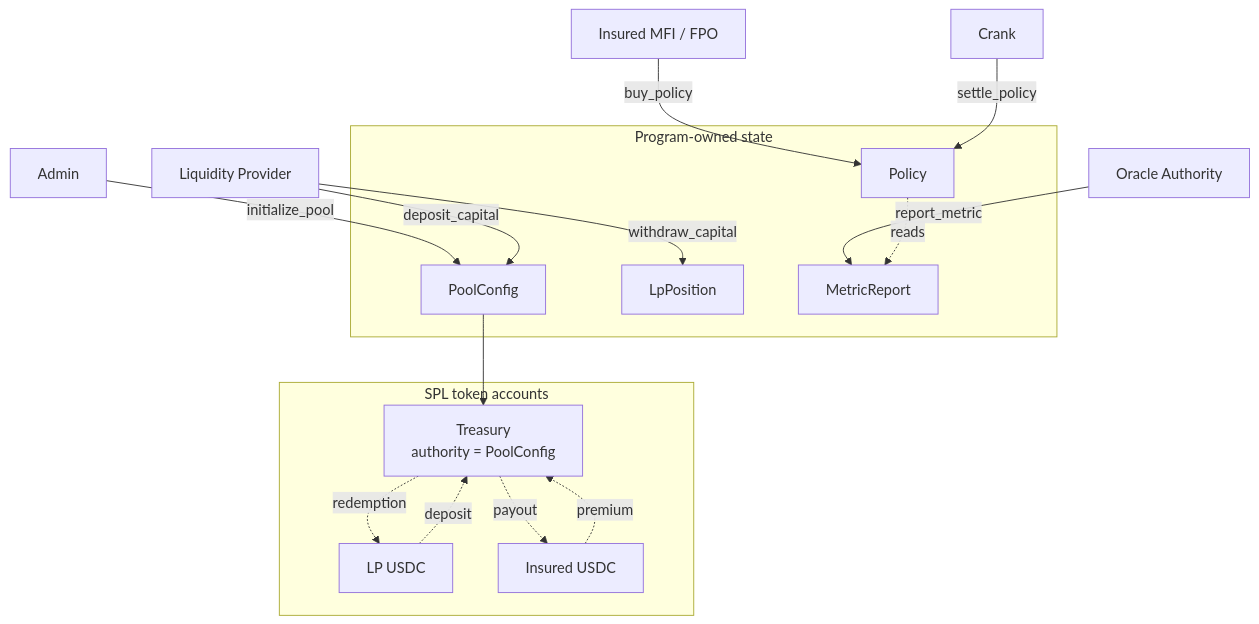
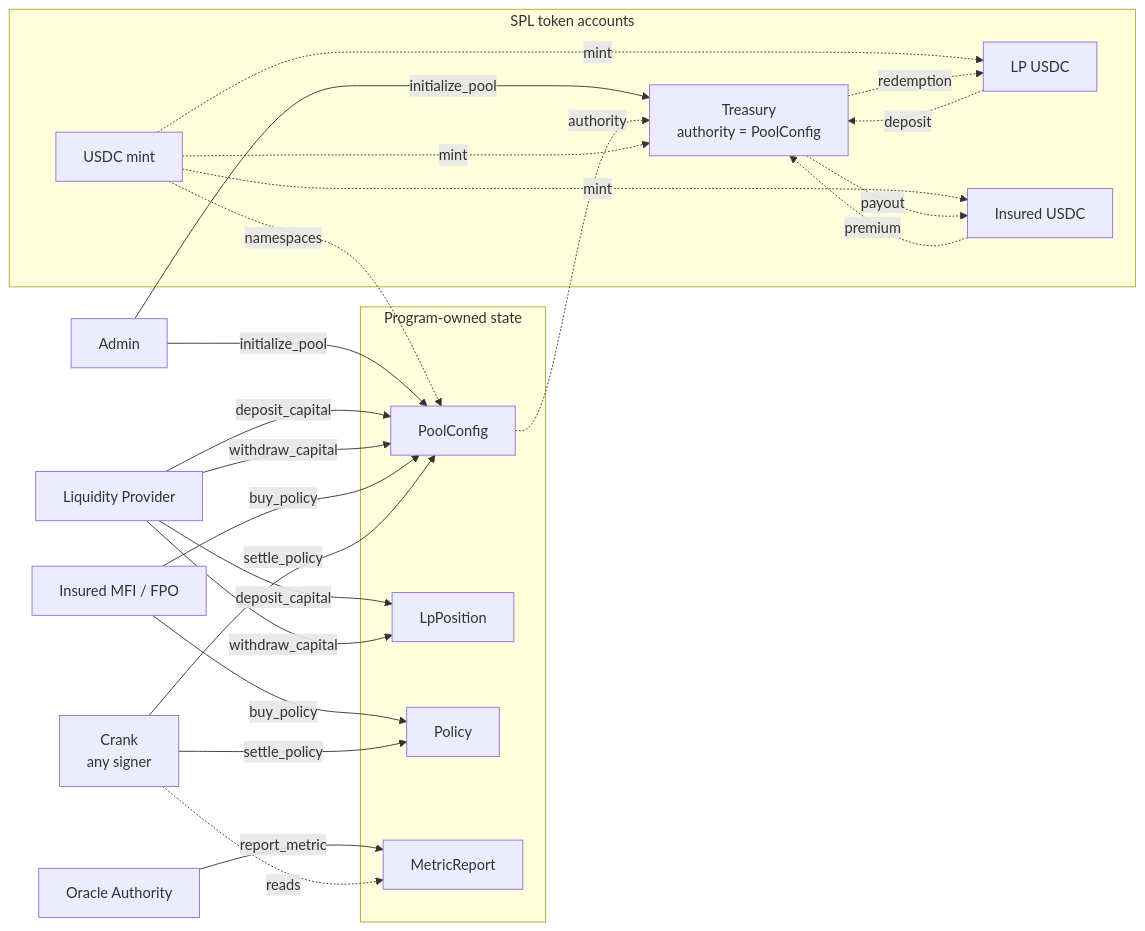
One commit to 0xgsvs/Trana_Protocol changed the diagram in docs/protocol/architecture.md. Above: the diagram before and after it, drawn with Mermaid. The commit also changed other lines of this file and 3 other files, not shown here.

First line of the commit message:
docs: correct component map and lifecycle diagrams

````diff
--- a/docs/protocol/architecture.md
+++ b/docs/protocol/architecture.md
@@ -9,34 +9,46 @@
 ```mermaid
-flowchart TD
+flowchart LR
     Admin["Admin"]
     LP["Liquidity Provider"]
     Insured["Insured MFI / FPO"]
     Oracle["Oracle Authority"]
-    Crank["Crank"]
+    Crank["Crank<br/>any signer"]
 
     subgraph Program["Program-owned state"]
         Config["PoolConfig"]
         LpPos["LpPosition"]
         Policy["Policy"]
         Report["MetricReport"]
     end
 
     subgraph Token["SPL token accounts"]
+        Mint["USDC mint"]
         Treasury["Treasury<br/>authority = PoolConfig"]
         LpAta["LP USDC"]
         InsuredAta["Insured USDC"]
     end
 
     Admin -->|initialize_pool| Config
+    Admin -->|initialize_pool| Treasury
     LP -->|deposit_capital| Config
+    LP -->|deposit_capital| LpPos
+    LP -->|withdraw_capital| Config
     LP -->|withdraw_capital| LpPos
+    Insured -->|buy_policy| Config
     Insured -->|buy_policy| Policy
     Oracle -->|report_metric| Report
+    Crank -->|settle_policy| Config
     Crank -->|settle_policy| Policy
-    Config --> Treasury
+    Crank -.->|reads| Report
+
+    Config -.->|authority| Treasury
+    Mint -.->|namespaces| Config
+    Mint -.->|mint| Treasury
+    Mint -.->|mint| LpAta
+    Mint -.->|mint| InsuredAta
+
     LpAta -.->|deposit| Treasury
     InsuredAta -.->|premium| Treasury
     Treasury -.->|payout| InsuredAta
     Treasury -.->|redemption| LpAta
-    Policy -.->|reads| Report
 ```
````
